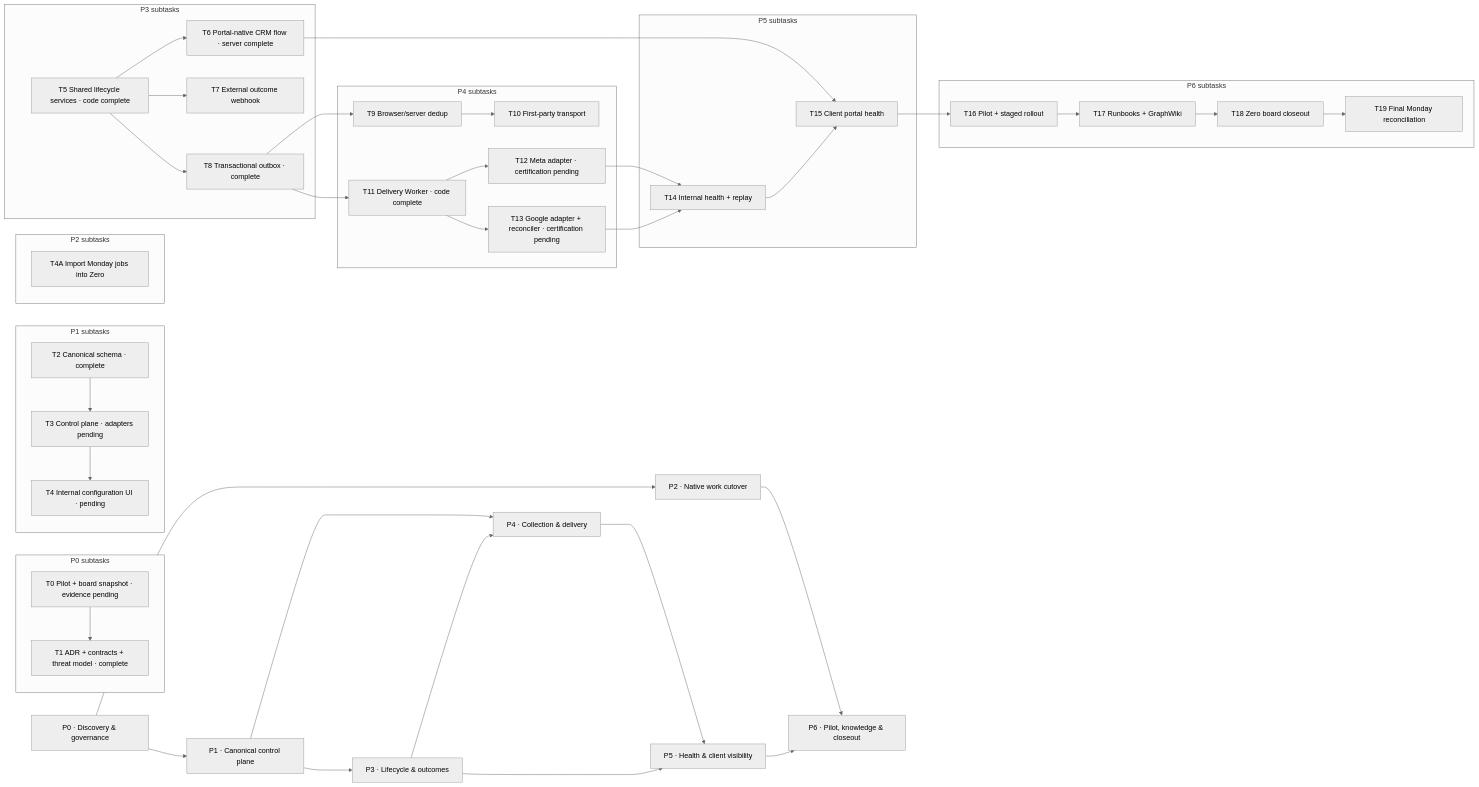
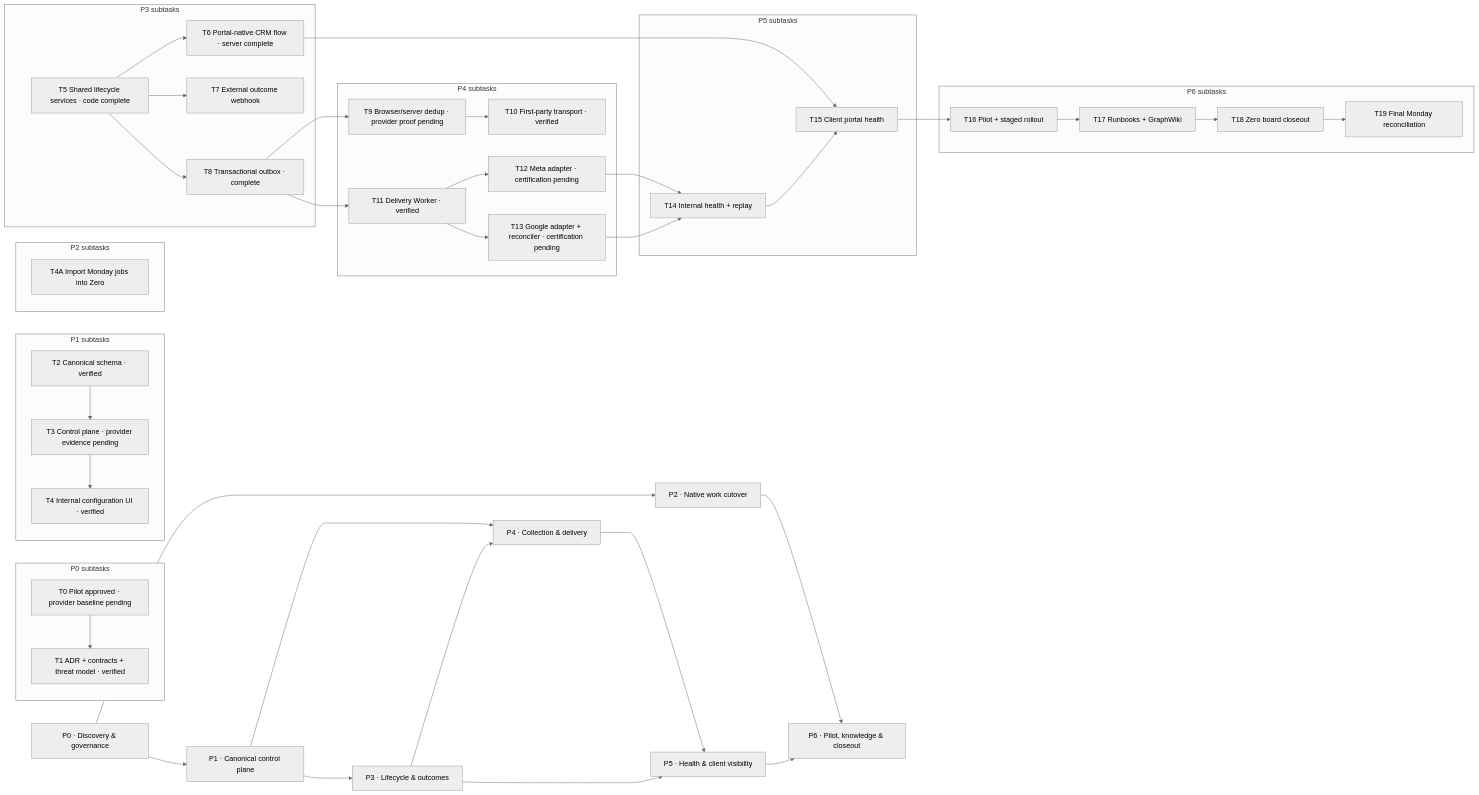
Before and after one commit to adme-dev/dashboard: the diagram in docs/superpowers/plans/2026-07-17-measurement-signal-hub-execution-backlog.md, drawn with Mermaid (neutral theme). The commit also changed other lines of this file and 1 other file, not shown here.

Commit message:
docs: record controlled measurement pilot evidence

````diff
--- a/docs/superpowers/plans/2026-07-17-measurement-signal-hub-execution-backlog.md
+++ b/docs/superpowers/plans/2026-07-17-measurement-signal-hub-execution-backlog.md
@@ -17,51 +18,51 @@
 ```mermaid
 flowchart LR
   P0["P0 · Discovery & governance"]
   P1["P1 · Canonical control plane"]
   P2["P2 · Native work cutover"]
   P3["P3 · Lifecycle & outcomes"]
   P4["P4 · Collection & delivery"]
   P5["P5 · Health & client visibility"]
   P6["P6 · Pilot, knowledge & closeout"]
 
   P0 --> P1
   P0 --> P2
   P1 --> P3
   P1 --> P4
   P2 --> P6
   P3 --> P4
   P4 --> P5
   P3 --> P5
   P5 --> P6
 
   subgraph G0["P0 subtasks"]
-    T0["T0 Pilot + board snapshot · evidence pending"] --> T1["T1 ADR + contracts + threat model · complete"]
+    T0["T0 Pilot approved · provider baseline pending"] --> T1["T1 ADR + contracts + threat model · verified"]
   end
   subgraph G1["P1 subtasks"]
-    T2["T2 Canonical schema · complete"] --> T3["T3 Control plane · adapters pending"] --> T4["T4 Internal configuration UI · pending"]
+    T2["T2 Canonical schema · verified"] --> T3["T3 Control plane · provider evidence pending"] --> T4["T4 Internal configuration UI · verified"]
   end
   subgraph G2["P2 subtasks"]
     T4A["T4A Import Monday jobs into Zero"]
   end
   subgraph G3["P3 subtasks"]
     T5["T5 Shared lifecycle services · code complete"] --> T6["T6 Portal-native CRM flow · server complete"]
     T5 --> T7["T7 External outcome webhook"]
     T5 --> T8["T8 Transactional outbox · complete"]
   end
   subgraph G4["P4 subtasks"]
-    T8 --> T9["T9 Browser/server dedup"] --> T10["T10 First-party transport"]
-    T8 --> T11["T11 Delivery Worker · code complete"]
+    T8 --> T9["T9 Browser/server dedup · provider proof pending"] --> T10["T10 First-party transport · verified"]
+    T8 --> T11["T11 Delivery Worker · verified"]
     T11 --> T12["T12 Meta adapter · certification pending"]
     T11 --> T13["T13 Google adapter + reconciler · certification pending"]
   end
   subgraph G5["P5 subtasks"]
     T12 --> T14["T14 Internal health + replay"]
     T13 --> T14
     T6 --> T15["T15 Client portal health"]
     T14 --> T15
   end
   subgraph G6["P6 subtasks"]
     T15 --> T16["T16 Pilot + staged rollout"] --> T17["T17 Runbooks + GraphWiki"]
     T17 --> T18["T18 Zero board closeout"] --> T19["T19 Final Monday reconciliation"]
   end
 ```
````
